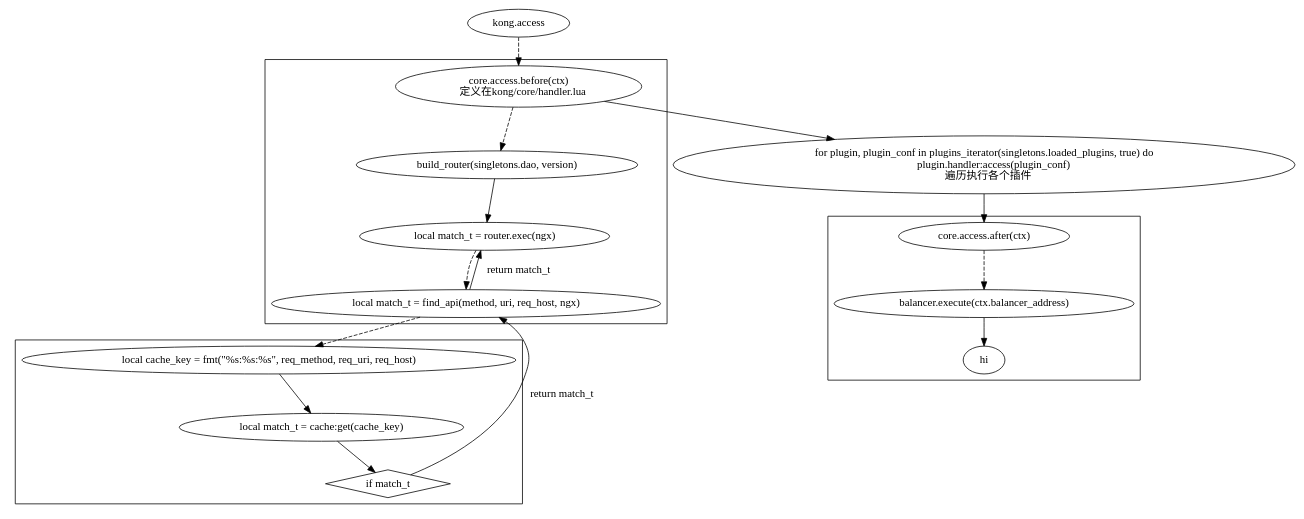
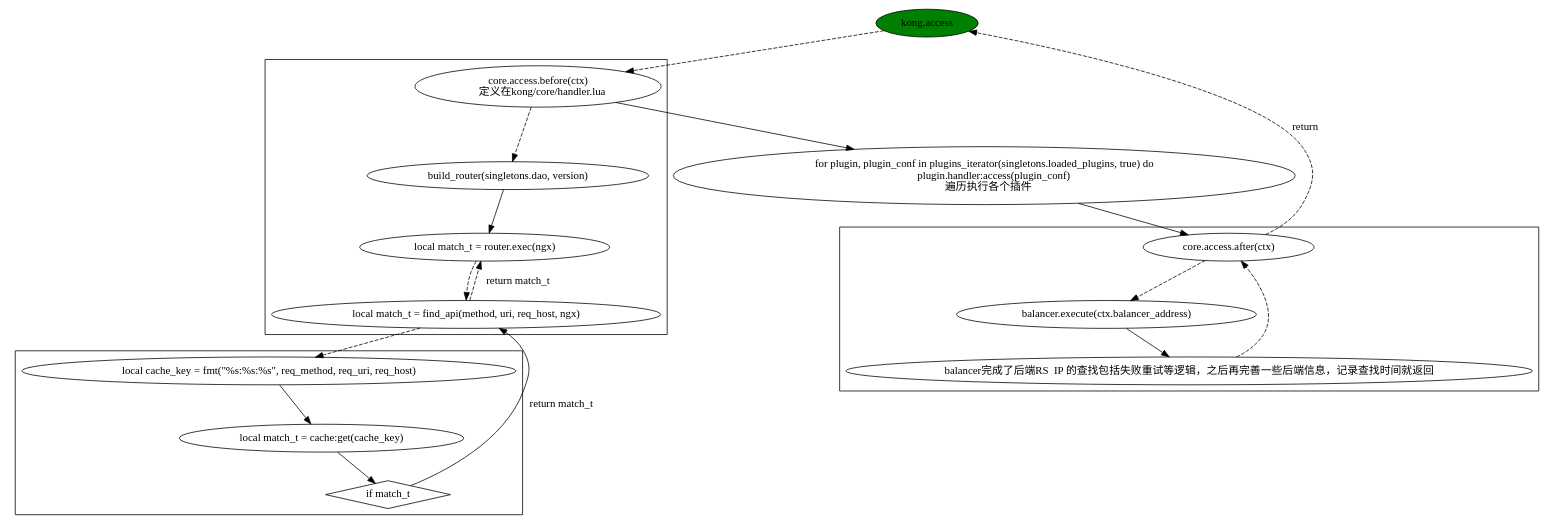
The diagram in ngx_lua/kong_access.dot (lancelotluo/dot), drawn with Graphviz before and after one commit. The commit also changed 2 other files, not shown here.

Commit message:
kong access

```diff
--- a/ngx_lua/kong_access.dot
+++ b/ngx_lua/kong_access.dot
@@ -1,35 +1,40 @@
 digraph {
+    "kong.access"[style=filled, fillcolor=green];
     "kong.access"->
     "core.access.before(ctx)
     定义在kong/core/handler.lua"[style=dashed];
     "core.access.before(ctx)
     定义在kong/core/handler.lua"->
     "for plugin, plugin_conf in plugins_iterator(singletons.loaded_plugins, true) do
         plugin.handler:access(plugin_conf)
     遍历执行各个插件";
     "for plugin, plugin_conf in plugins_iterator(singletons.loaded_plugins, true) do
         plugin.handler:access(plugin_conf)
     遍历执行各个插件" -> "core.access.after(ctx)";
+    "core.access.after(ctx)"->"kong.access"[style=dashed, label=return];
 
 subgraph cluster_access_before {
     "core.access.before(ctx)
     定义在kong/core/handler.lua"
     ->"build_router(singletons.dao, version)"[style=dashed];
     "build_router(singletons.dao, version)"->"local match_t = router.exec(ngx)";
     "local match_t = router.exec(ngx)"->"local match_t = find_api(method, uri, req_host, ngx)"[style=dashed];
-    "local match_t = find_api(method, uri, req_host, ngx)"->"local match_t = router.exec(ngx)"[label="return match_t"];
+    "local match_t = find_api(method, uri, req_host, ngx)"->"local match_t = router.exec(ngx)"[style=dashed,label="return match_t"];
 }
 
 subgraph cluster_find_api {
     "if match_t"[shape=diamond];
     "local match_t = find_api(method, uri, req_host, ngx)"->"local cache_key = fmt(\"%s:%s:%s\", req_method, req_uri, req_host)"[style=dashed];
     "local cache_key = fmt(\"%s:%s:%s\", req_method, req_uri, req_host)"->"local match_t = cache:get(cache_key)";
     "local match_t = cache:get(cache_key)"->"if match_t";
     "if match_t"->"local match_t = find_api(method, uri, req_host, ngx)"[label="return match_t"];
 }
 
 subgraph cluster_access_after {
     "core.access.after(ctx)"->"balancer.execute(ctx.balancer_address)"[style=dashed];
-    "balancer.execute(ctx.balancer_address)"->"hi";
+    "balancer.execute(ctx.balancer_address)"->
+    "balancer完成了后端RS  IP 的查找包括失败重试等逻辑，之后再完善一些后端信息，记录查找时间就返回";
+    "balancer完成了后端RS  IP 的查找包括失败重试等逻辑，之后再完善一些后端信息，记录查找时间就返回"->
+    "core.access.after(ctx)"[style=dashed];
 }
 }
```
